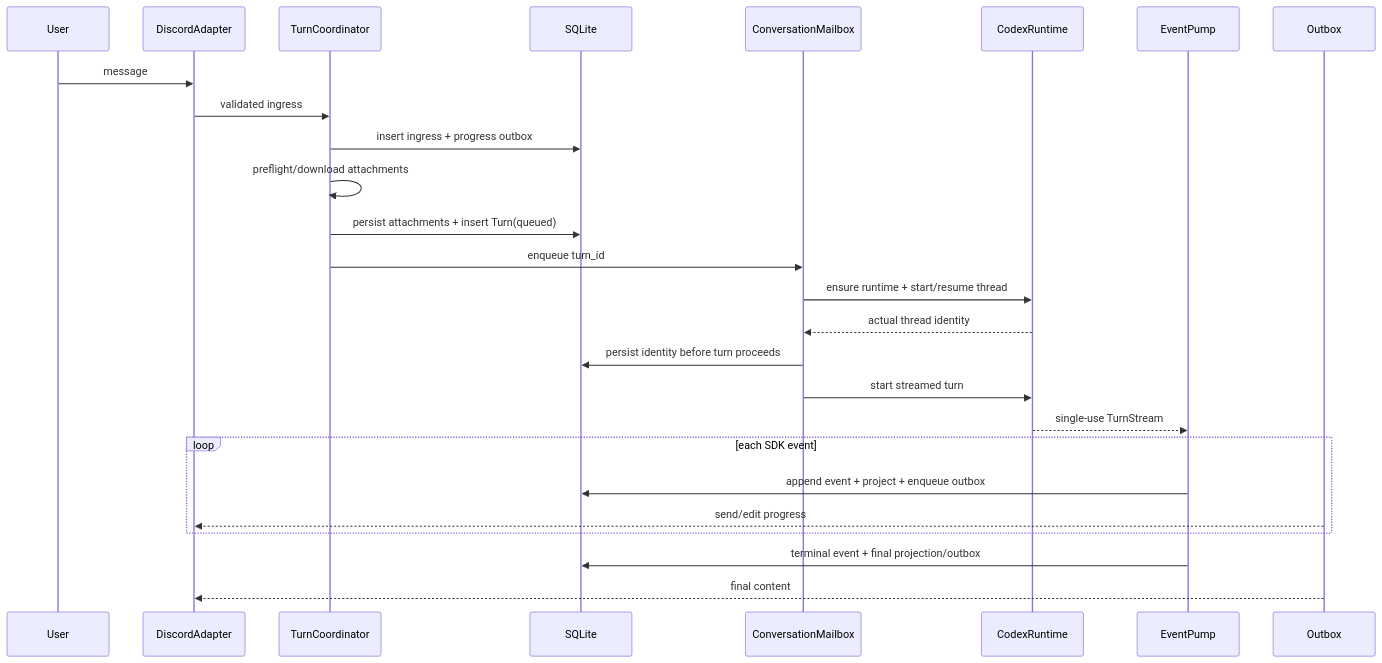
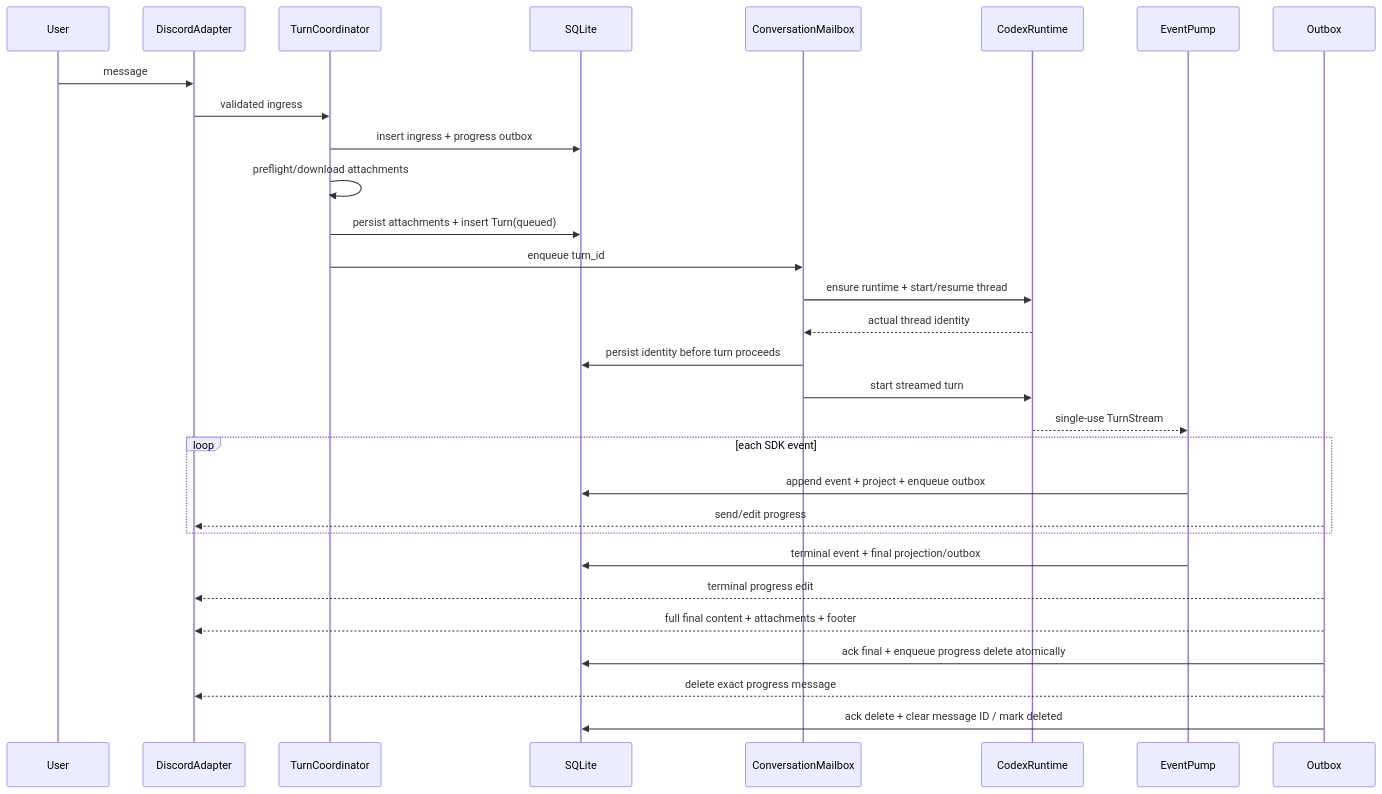
The tenth of 13 diagrams in docs/codexD-detailed-design.md (HXYerror/codeXD), drawn with Mermaid before and after one commit. The commit also changed other lines of this file and 34 other files, not shown here.

````diff
--- a/docs/codexD-detailed-design.md
+++ b/docs/codexD-detailed-design.md
@@ -1697,29 +1742,33 @@
 ```mermaid
 sequenceDiagram
     participant U as User
     participant DC as DiscordAdapter
     participant APP as TurnCoordinator
     participant DB as SQLite
     participant MB as ConversationMailbox
     participant RT as CodexRuntime
     participant EP as EventPump
     participant OB as Outbox
 
     U->>DC: message
     DC->>APP: validated ingress
     APP->>DB: insert ingress + progress outbox
     APP->>APP: preflight/download attachments
     APP->>DB: persist attachments + insert Turn(queued)
     APP->>MB: enqueue turn_id
     MB->>RT: ensure runtime + start/resume thread
     RT-->>MB: actual thread identity
     MB->>DB: persist identity before turn proceeds
     MB->>RT: start streamed turn
     RT-->>EP: single-use TurnStream
     loop each SDK event
         EP->>DB: append event + project + enqueue outbox
         OB-->>DC: send/edit progress
     end
     EP->>DB: terminal event + final projection/outbox
-    OB-->>DC: final content
+    OB-->>DC: terminal progress edit
+    OB-->>DC: full final content + attachments + footer
+    OB->>DB: ack final + enqueue progress delete atomically
+    OB-->>DC: delete exact progress message
+    OB->>DB: ack delete + clear message ID / mark deleted
 ```
````
